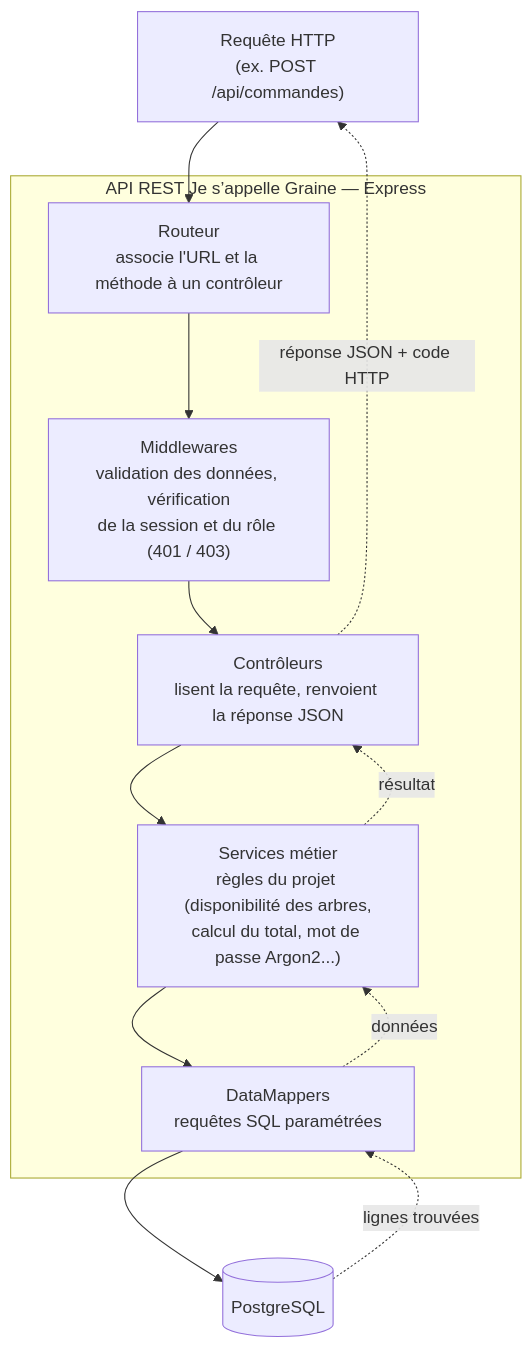
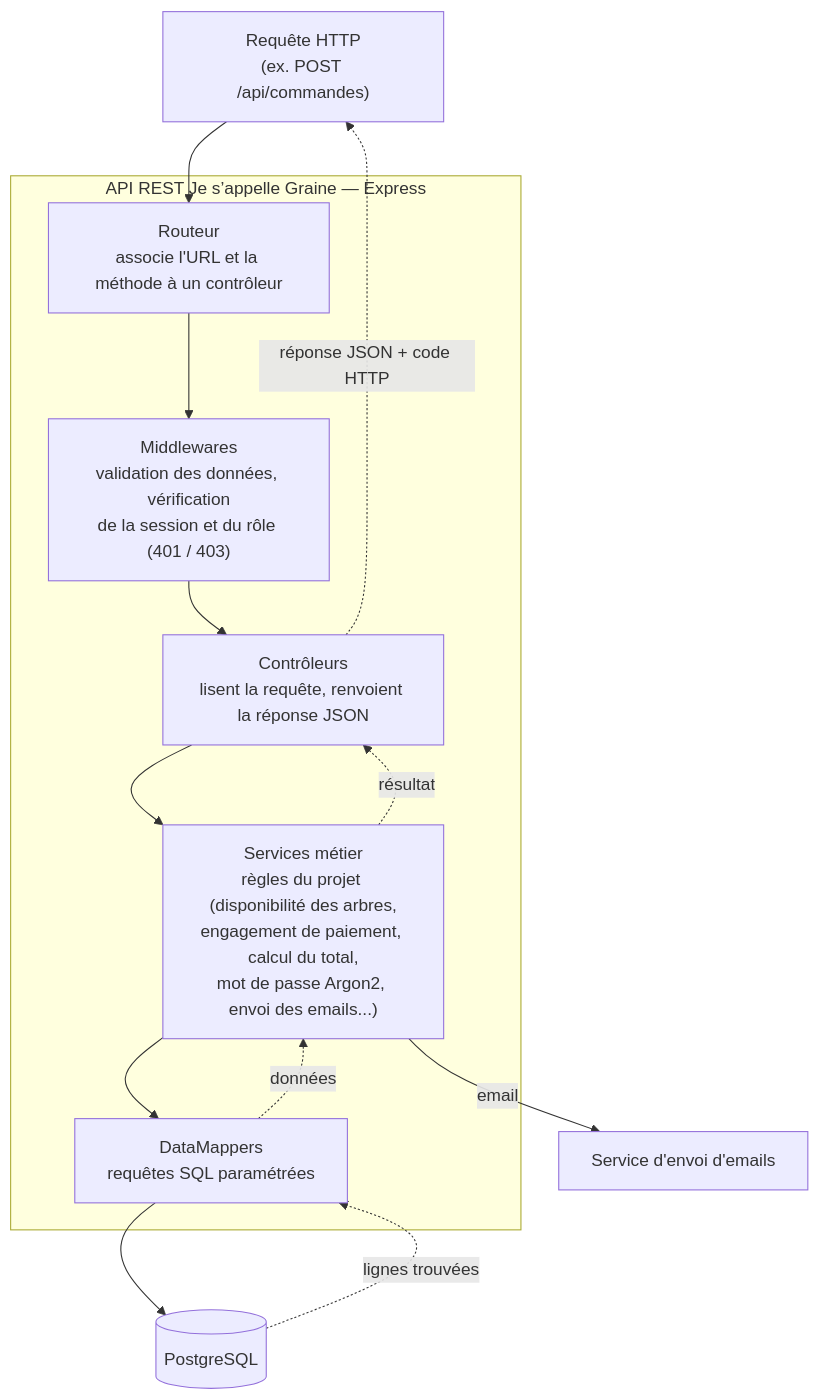
One commit to DimitryDereppe/je-s-appelle-graine changed the second of 3 diagrams in docs/conception/diagrammes/01-architecture.md. Above: the diagram before and after it, drawn with Mermaid. The commit also changed other lines of this file and 14 other files, not shown here.

Commit message:
docs: disponibilité, paiement, emails, hébergement VPS et is_active (modèle de données et cahier des charges)

````diff
--- a/docs/conception/diagrammes/01-architecture.md
+++ b/docs/conception/diagrammes/01-architecture.md
@@ -41,20 +44,22 @@
 ```mermaid
 flowchart TB
     REQ["Requête HTTP<br/>(ex. POST /api/commandes)"]
 
     subgraph API["API REST Je s’appelle Graine — Express"]
         R["Routeur<br/>associe l'URL et la méthode à un contrôleur"]
         M["Middlewares<br/>validation des données, vérification<br/>de la session et du rôle (401 / 403)"]
         C["Contrôleurs<br/>lisent la requête, renvoient la réponse JSON"]
-        S["Services métier<br/>règles du projet (disponibilité des arbres,<br/>calcul du total, mot de passe Argon2...)"]
+        S["Services métier<br/>règles du projet (disponibilité des arbres,<br/>engagement de paiement, calcul du total,<br/>mot de passe Argon2, envoi des emails...)"]
         D["DataMappers<br/>requêtes SQL paramétrées"]
     end
 
     DB[("PostgreSQL")]
+    MAIL["Service d'envoi d'emails"]
 
     REQ --> R --> M --> C --> S --> D --> DB
+    S -- "email" --> MAIL
     DB -. "lignes trouvées" .-> D
     D -. "données" .-> S
     S -. "résultat" .-> C
     C -. "réponse JSON + code HTTP" .-> REQ
 ```
````
